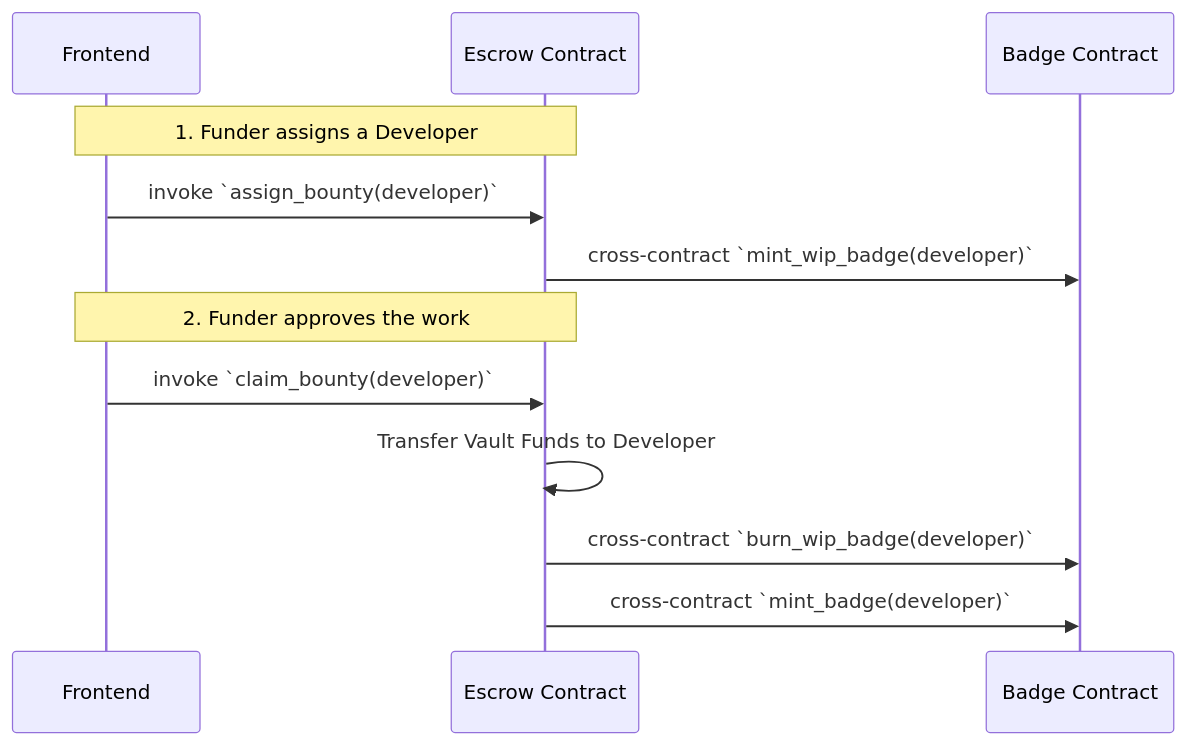
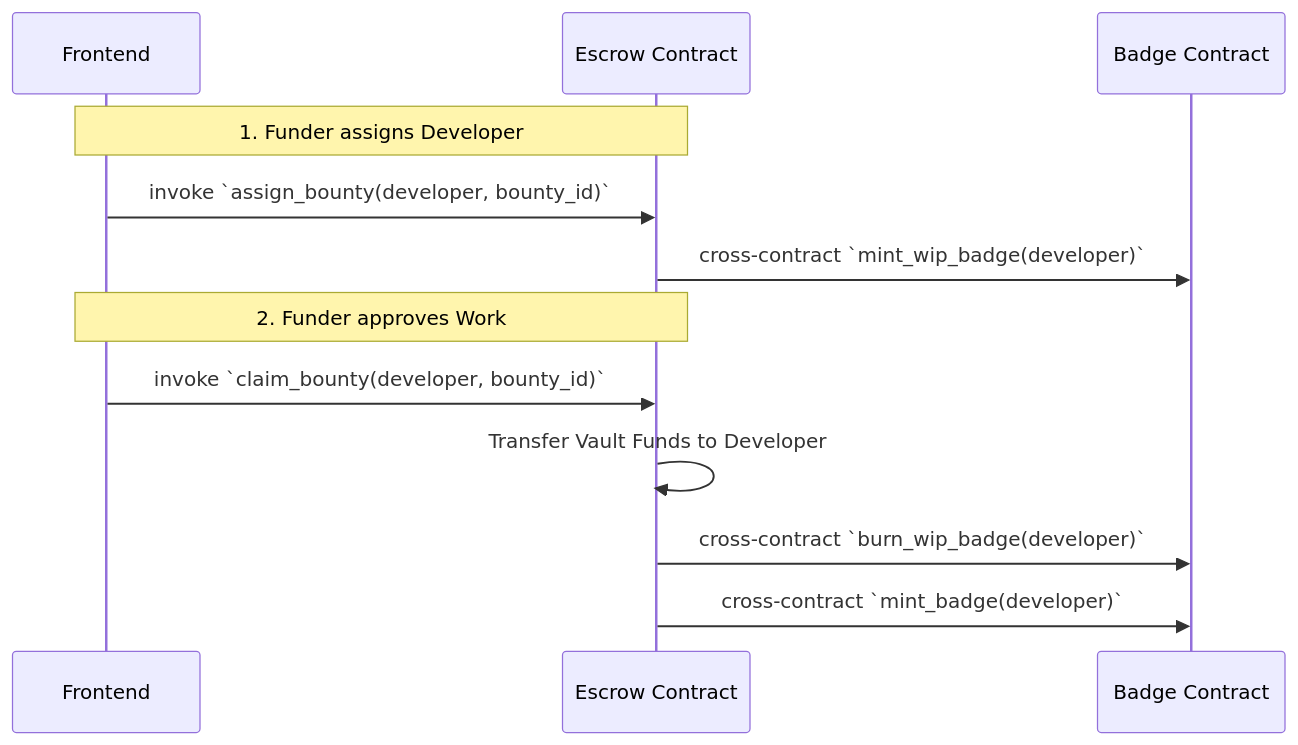
One commit to sohumvenkatadri7/SoroHub-Bounty changed the second of 3 diagrams in readme.md. Above: the diagram before and after it, drawn with Mermaid. The commit also changed other lines of this file, not shown here.

````diff
--- a/readme.md
+++ b/readme.md
@@ -65,16 +159,16 @@
 ```mermaid
 sequenceDiagram
     participant UI as Frontend
     participant E as Escrow Contract
     participant B as Badge Contract
     
-    Note over UI,E: 1. Funder assigns a Developer
-    UI->>E: invoke `assign_bounty(developer)`
+    Note over UI,E: 1. Funder assigns Developer
+    UI->>E: invoke `assign_bounty(developer, bounty_id)`
     E->>B: cross-contract `mint_wip_badge(developer)`
     
-    Note over UI,E: 2. Funder approves the work
-    UI->>E: invoke `claim_bounty(developer)`
+    Note over UI,E: 2. Funder approves Work
+    UI->>E: invoke `claim_bounty(developer, bounty_id)`
     E->>E: Transfer Vault Funds to Developer
     E->>B: cross-contract `burn_wip_badge(developer)`
     E->>B: cross-contract `mint_badge(developer)`
 ```
````
